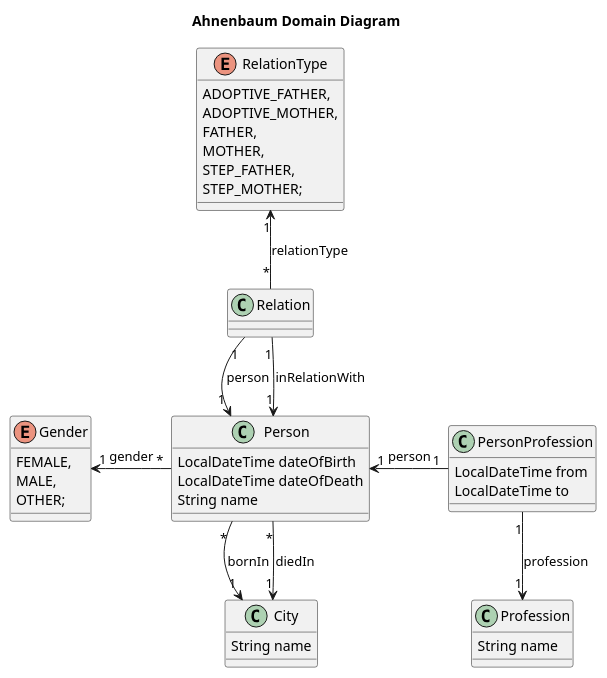
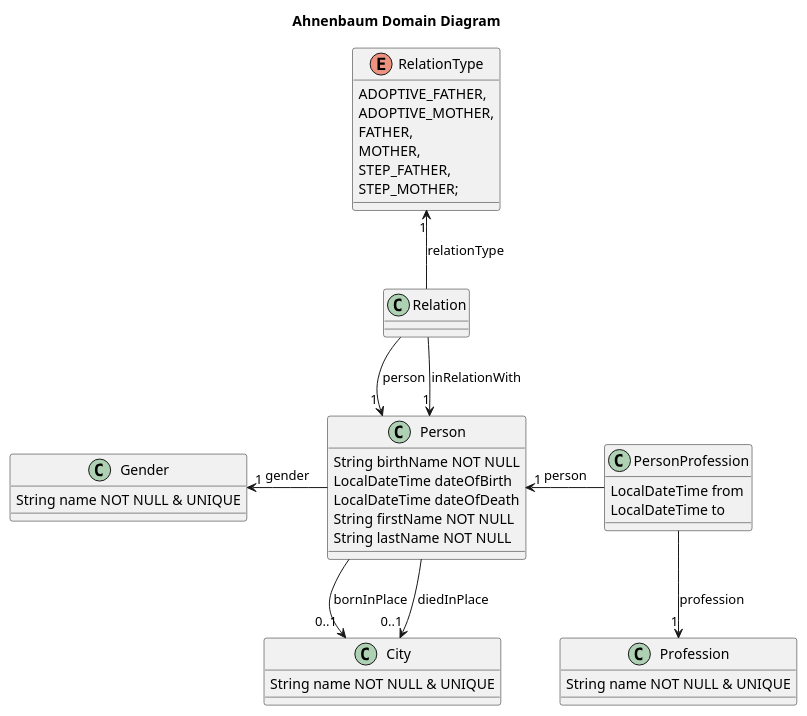
One commit to greifentor/ahnenbaum changed the diagram in docs/architecture/domain-model.plantuml. Above: the diagram before and after it, drawn with PlantUML. The commit also changed 6 other files, not shown here.

```diff
--- a/docs/architecture/domain-model.plantuml
+++ b/docs/architecture/domain-model.plantuml
@@ -1,69 +1,69 @@
 @startuml
 
 title Ahnenbaum Domain Diagram
 
 '!theme mono
 'COMMENT - skinparam linetype ortho
 
 class City {
 
-	String name
+	String name NOT NULL & UNIQUE
 
 }
 
 class Person {
 
+	String birthName NOT NULL
 	LocalDateTime dateOfBirth
 	LocalDateTime dateOfDeath
-	String name
+	String firstName NOT NULL
+	String lastName NOT NULL
 
 }
 
-enum Gender {
+class Gender {
 
-	FEMALE,
-	MALE,
-	OTHER;
+	String name NOT NULL & UNIQUE
 
 }
 
 class Profession {
 
-	String name
+	String name NOT NULL & UNIQUE
 
 }
 
 class PersonProfession {
 
 	LocalDateTime from
 	LocalDateTime to
 
 }
 
 class Relation {
 }
 
 enum RelationType {
 
 	ADOPTIVE_FATHER,
 	ADOPTIVE_MOTHER,
 	FATHER,
 	MOTHER,
 	STEP_FATHER,
 	STEP_MOTHER;
 
 }
 
-Person "*" --> "1" City : bornIn
-Person "*" --> "1" City : diedIn
-Person "*" -LEFT-> "1" Gender : gender
+Person --> "0..1" City : bornInPlace
+Person --> "0..1" City : diedInPlace
+Person -LEFT-> "1" Gender : gender
 
-PersonProfession "1" -LEFT-> "1" Person : person
-PersonProfession "1" -DOWN-> "1" Profession : profession
+PersonProfession -LEFT-> "1" Person : person
+PersonProfession -DOWN-> "1" Profession : profession
 
-Relation "1" --> "1" Person : person
-Relation "1" --> "1" Person : inRelationWith
-Relation "*" -UP-> "1" RelationType : relationType
+Relation --> "1" Person : person
+Relation --> "1" Person : inRelationWith
+Relation -UP-> "1" RelationType : relationType
 
 
 @enduml
```
